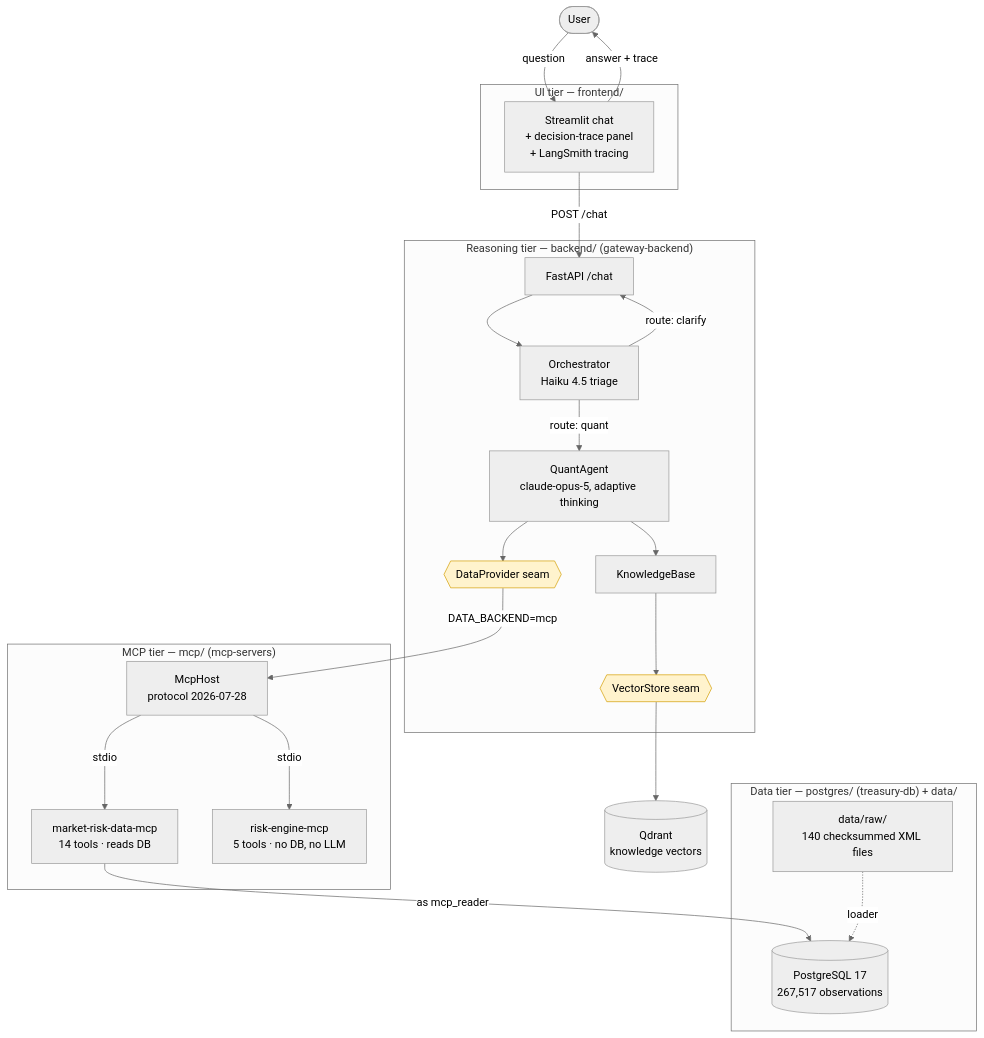
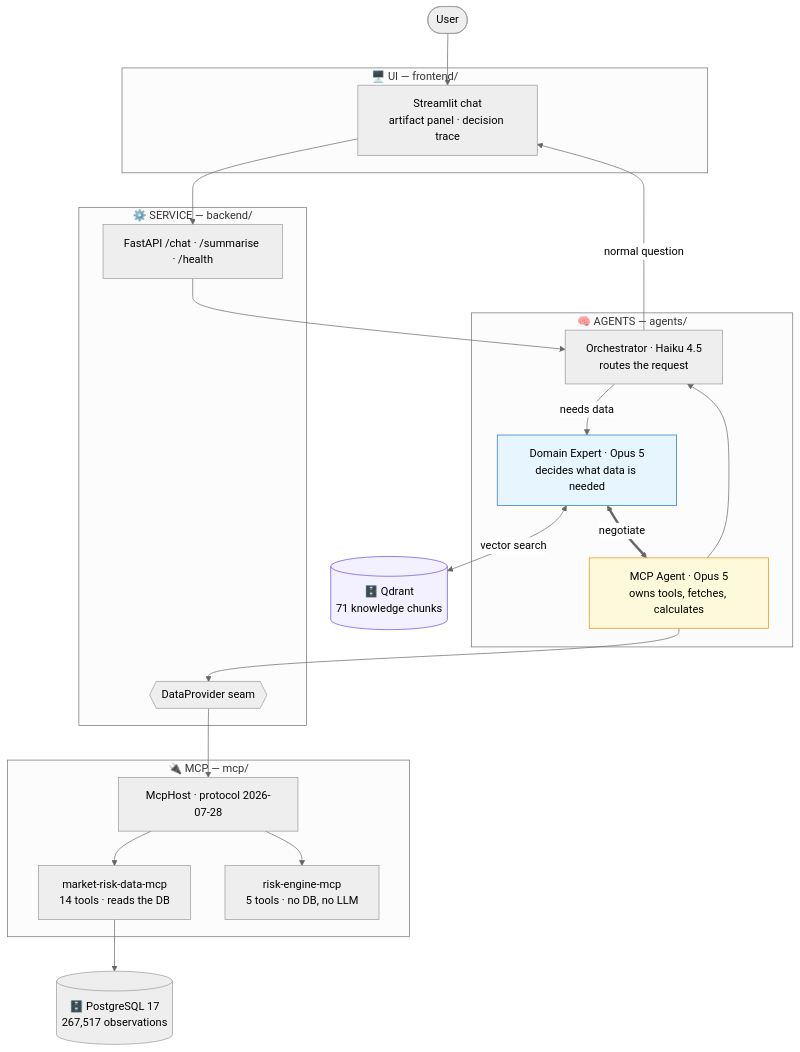
Before and after one commit to KrishnaAnnavaram/semantic-mcp-data-access-gateway: the first of 7 diagrams in README.md, drawn with Mermaid (neutral theme). The commit also changed other lines of this file, not shown here.

First line of the commit message:
docs: complete end-to-end README with high-level and detailed diagrams

````diff
--- a/README.md
+++ b/README.md
@@ -40,47 +59,42 @@
 ```mermaid
 flowchart TD
     U([User])
 
-    subgraph UI["UI tier — frontend/"]
-        ST["Streamlit chat<br/>+ decision-trace panel<br/>+ LangSmith tracing"]
+    subgraph UI["🖥️  UI — frontend/"]
+        ST["Streamlit chat<br/>artifact panel · decision trace"]
     end
 
-    subgraph BE["Reasoning tier — backend/ (gateway-backend)"]
-        API["FastAPI /chat"]
-        ORCH["Orchestrator<br/>Haiku 4.5 triage"]
-        QA["QuantAgent<br/>claude-opus-5, adaptive thinking"]
-        KB["KnowledgeBase"]
-        DP{{"DataProvider seam"}}
-        VS{{"VectorStore seam"}}
+    subgraph AG["🧠  AGENTS — agents/"]
+        ORC["Orchestrator · Haiku 4.5<br/>routes the request"]
+        DOM["Domain Expert · Opus 5<br/>decides what data is needed"]
+        MCPA["MCP Agent · Opus 5<br/>owns tools, fetches, calculates"]
     end
 
-    subgraph MCP["MCP tier — mcp/ (mcp-servers)"]
-        HOST["McpHost<br/>protocol 2026-07-28"]
-        DATA["market-risk-data-mcp<br/>14 tools · reads DB"]
+    subgraph SV["⚙️  SERVICE — backend/"]
+        API["FastAPI /chat · /summarise · /health"]
+        SEAM{{"DataProvider seam"}}
+    end
+
+    subgraph ML["🔌  MCP — mcp/"]
+        HOST["McpHost · protocol 2026-07-28"]
+        DATA["market-risk-data-mcp<br/>14 tools · reads the DB"]
         RISK["risk-engine-mcp<br/>5 tools · no DB, no LLM"]
     end
 
-    subgraph DL["Data tier — postgres/ (treasury-db) + data/"]
-        PG[("PostgreSQL 17<br/>267,517 observations")]
-        RAW["data/raw/<br/>140 checksummed XML files"]
-    end
+    QD[("🗄️ Qdrant<br/>71 knowledge chunks")]
+    PG[("🗄️ PostgreSQL 17<br/>267,517 observations")]
 
-    QD[("Qdrant<br/>knowledge vectors")]
+    U --> ST --> API --> ORC
+    ORC -->|"normal question"| ST
+    ORC -->|"needs data"| DOM
+    DOM <-->|"vector search"| QD
+    DOM <==>|"negotiate"| MCPA
+    MCPA --> SEAM --> HOST
+    HOST --> DATA --> PG
+    HOST --> RISK
+    MCPA --> ORC
 
-    U -->|question| ST
-    ST -->|"POST /chat"| API
-    API --> ORCH
-    ORCH -->|"route: quant"| QA
-    ORCH -->|"route: clarify"| API
-    QA --> KB --> VS --> QD
-    QA --> DP
-    DP -->|"DATA_BACKEND=mcp"| HOST
-    HOST -->|stdio| DATA
-    HOST -->|stdio| RISK
-    DATA -->|"as mcp_reader"| PG
-    RAW -.->|loader| PG
-    ST -->|answer + trace| U
-
-    classDef seam fill:#fff3cd,stroke:#d39e00,color:#000
-    class DP,VS seam
+    style DOM fill:#e7f5ff,stroke:#1971c2,color:#000
+    style MCPA fill:#fff9db,stroke:#f08c00,color:#000
+    style QD fill:#f3f0ff,stroke:#7048e8,color:#000
 ```
````
